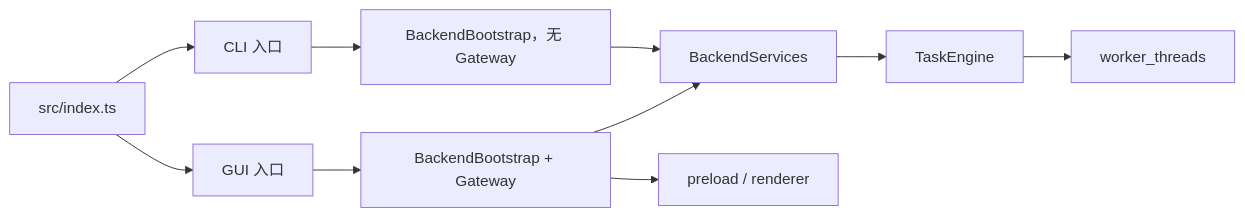
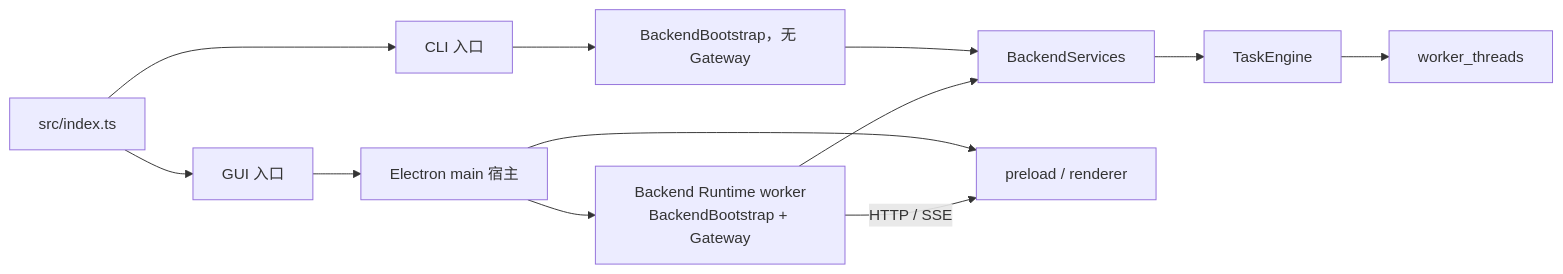
Before and after one commit to neavo/LinguaGacha: the diagram in docs/ARCHITECTURE.md, drawn with Mermaid. The commit also changed other lines of this file and 99 other files, not shown here.

````diff
--- a/docs/ARCHITECTURE.md
+++ b/docs/ARCHITECTURE.md
@@ -24,12 +25,14 @@
 ```mermaid
 flowchart LR
     I["src/index.ts"] --> G["GUI 入口"]
     I --> C["CLI 入口"]
-    G --> BG["BackendBootstrap + Gateway"]
+    G --> M["Electron main 宿主"]
+    M --> BG["Backend Runtime worker\nBackendBootstrap + Gateway"]
     C --> BC["BackendBootstrap，无 Gateway"]
     BG --> S["BackendServices"]
     BC --> S
     S --> E["TaskEngine"]
     E --> W["worker_threads"]
-    BG --> R["preload / renderer"]
+    BG -->|"HTTP / SSE"| R["preload / renderer"]
+    M --> R
 ```
````
